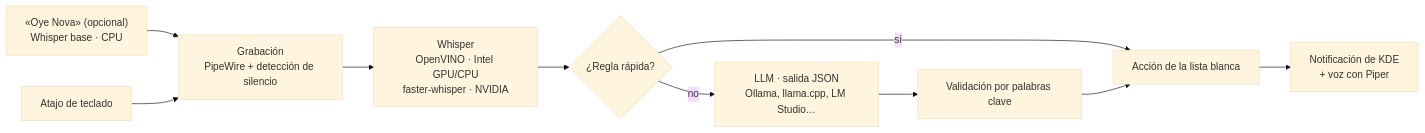
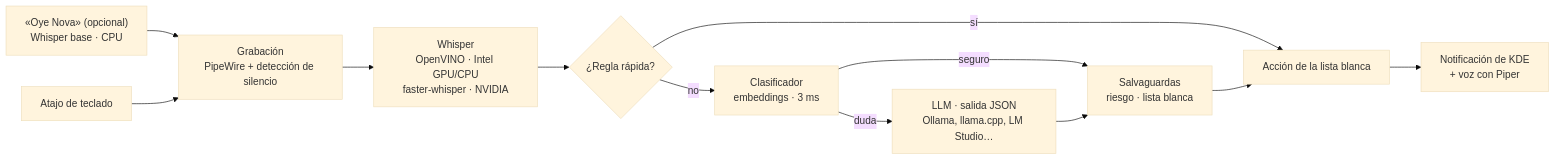
Before and after one commit to frantsiles/asistente-voz: the diagram in README.md, drawn with Mermaid (base theme). The commit also changed other lines of this file and 8 other files, not shown here.

First line of the commit message:
Intérprete por capas: reglas, clasificador por embeddings y LLM

````diff
--- a/README.md
+++ b/README.md
@@ -7,11 +7,13 @@
 ```mermaid
 flowchart LR
     W["«Oye Nova» (opcional)<br/>Whisper base · CPU"] --> B
     A[Atajo de teclado] --> B[Grabación<br/>PipeWire + detección de silencio]
     B --> C[Whisper<br/>OpenVINO · Intel GPU/CPU<br/>faster-whisper · NVIDIA]
     C --> D{¿Regla rápida?}
     D -- sí --> F[Acción de la lista blanca]
-    D -- no --> E[LLM · salida JSON<br/>Ollama, llama.cpp, LM Studio…]
-    E --> V[Validación por palabras clave] --> F
+    D -- no --> K[Clasificador<br/>embeddings · 3 ms]
+    K -- seguro --> V
+    K -- duda --> E[LLM · salida JSON<br/>Ollama, llama.cpp, LM Studio…]
+    E --> V[Salvaguardas<br/>riesgo · lista blanca] --> F
     F --> G[Notificación de KDE<br/>+ voz con Piper]
 ```
````
